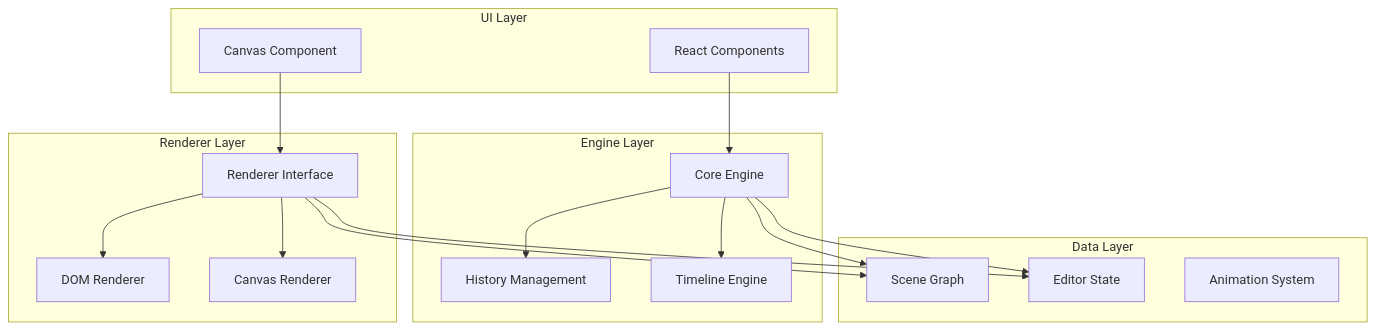
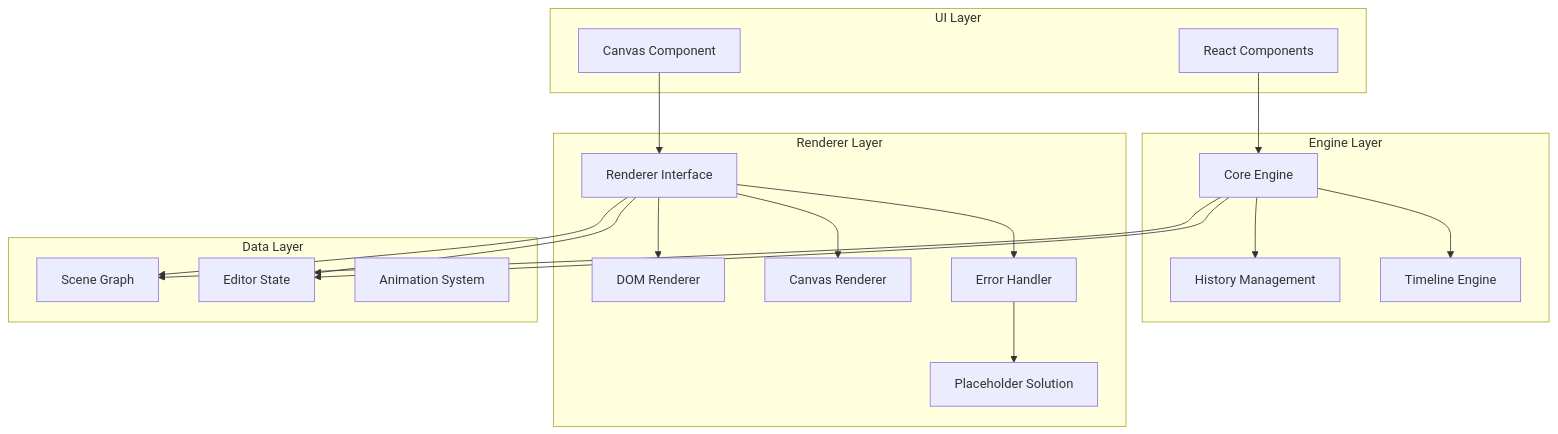
The second of 7 diagrams in .qoder/repowiki/en/content/Rendering System/Canvas Renderer Integration Plans.md (Anna0314zy/ai_editor_enginer), drawn with Mermaid before and after one commit. The commit also changed other lines of this file and 44 other files, not shown here.

````diff
--- a/.qoder/repowiki/en/content/Rendering System/Canvas Renderer Integration Plans.md
+++ b/.qoder/repowiki/en/content/Rendering System/Canvas Renderer Integration Plans.md
@@ -119,32 +129,36 @@
 ```mermaid
 graph TB
 subgraph "UI Layer"
 REACT[React Components]
 CANVAS[Canvas Component]
 end
 subgraph "Engine Layer"
 CORE[Core Engine]
 HISTORY[History Management]
 TIMELINE[Timeline Engine]
 end
 subgraph "Renderer Layer"
 DOM_RENDERER[DOM Renderer]
 CANVAS_RENDERER[Canvas Renderer]
 RENDERER_ABSTRACT[Renderer Interface]
+ERROR_HANDLER[Error Handler]
+PLACEHOLDER_SOLUTION[Placeholder Solution]
 end
 subgraph "Data Layer"
 SCENE[Scene Graph]
 STATE[Editor State]
 ANIMATIONS[Animation System]
 end
 REACT --> CORE
 CANVAS --> RENDERER_ABSTRACT
 RENDERER_ABSTRACT --> DOM_RENDERER
 RENDERER_ABSTRACT --> CANVAS_RENDERER
+RENDERER_ABSTRACT --> ERROR_HANDLER
+ERROR_HANDLER --> PLACEHOLDER_SOLUTION
 CORE --> SCENE
 CORE --> STATE
 CORE --> HISTORY
 CORE --> TIMELINE
 RENDERER_ABSTRACT --> SCENE
 RENDERER_ABSTRACT --> STATE
 ```
````
